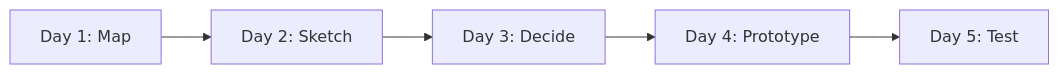
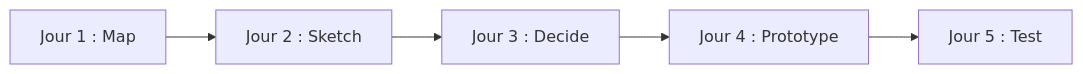
One commit to anasdox/anasdox.github.io changed the second of 3 diagrams in methode.md. Above: the diagram before and after it, drawn with Mermaid. The commit also changed other lines of this file and 7 other files, not shown here.

```diff
--- a/methode.md
+++ b/methode.md
@@ -120,4 +149,4 @@
 <div class="mermaid">
 flowchart LR
-  Map["Day 1: Map"] --> Sketch["Day 2: Sketch"] --> Decide["Day 3: Decide"] --> Proto["Day 4: Prototype"] --> Test["Day 5: Test"]
+  Map["Jour 1 : Map"] --> Sketch["Jour 2 : Sketch"] --> Decide["Jour 3 : Decide"] --> Proto["Jour 4 : Prototype"] --> Test["Jour 5 : Test"]
 </div>
```
